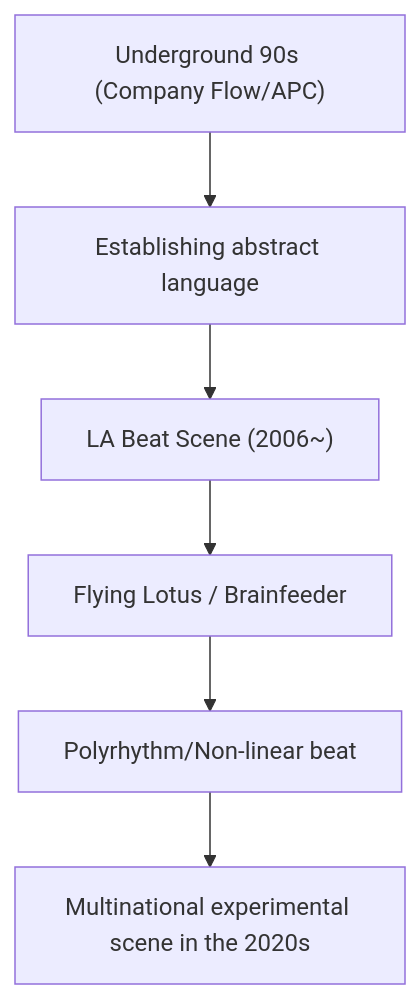
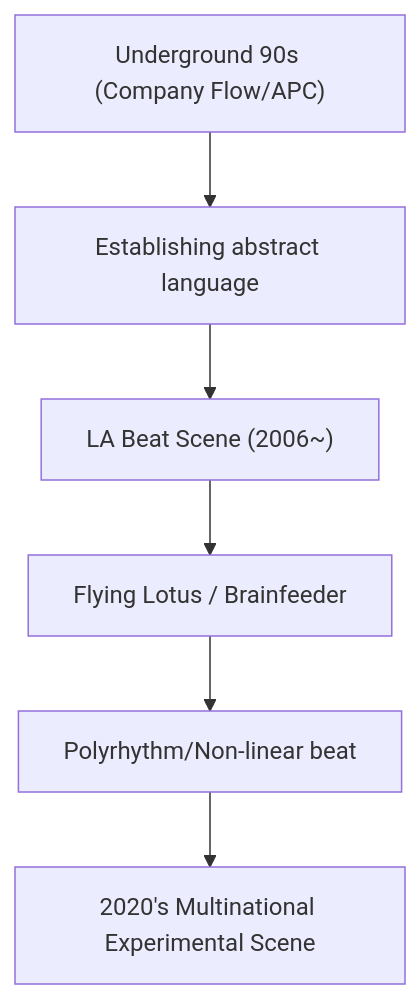
The second of 2 diagrams in en/_posts/2025-12-07-column-experimental-hiphop.md (monumental-movement/monumental-movement.github.io), drawn with Mermaid before and after one commit. The commit also changed other lines of this file and 359 other files, not shown here.

```diff
--- a/en/_posts/2025-12-07-column-experimental-hiphop.md
+++ b/en/_posts/2025-12-07-column-experimental-hiphop.md
@@ -244,8 +244,8 @@
 <div class="mermaid">
 flowchart TD
     A["Underground 90s (Company Flow/APC)"] --> B["Establishing abstract language"]
     B --> C["LA Beat Scene (2006~)"]
     C --> D["Flying Lotus / Brainfeeder"]
     D --> E["Polyrhythm/Non-linear beat"]
-    E --> F["Multinational experimental scene in the 2020s"]
+    E --> F["2020's Multinational Experimental Scene"]
 </div>
```
